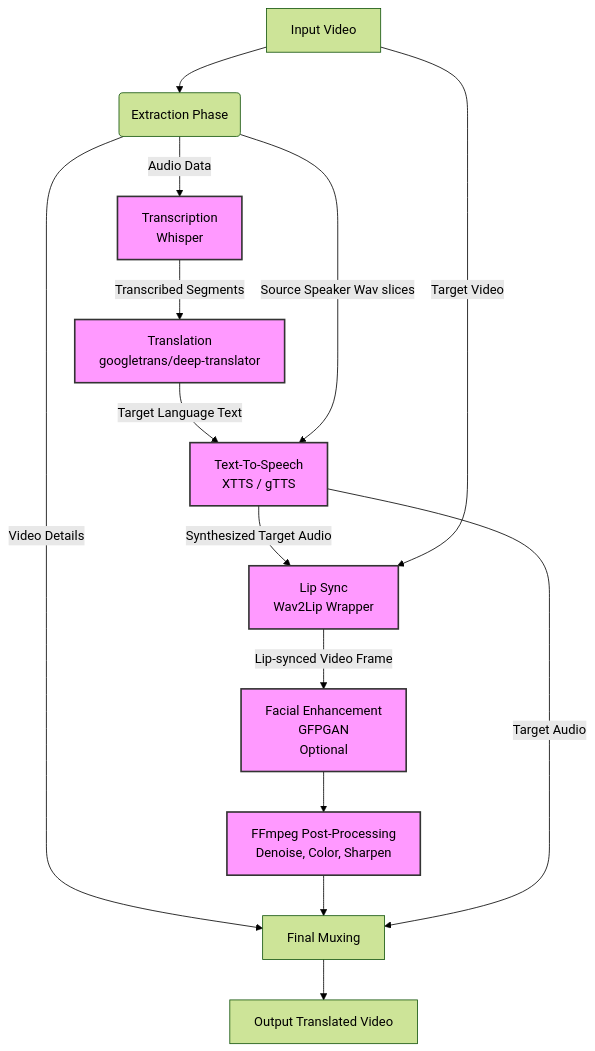
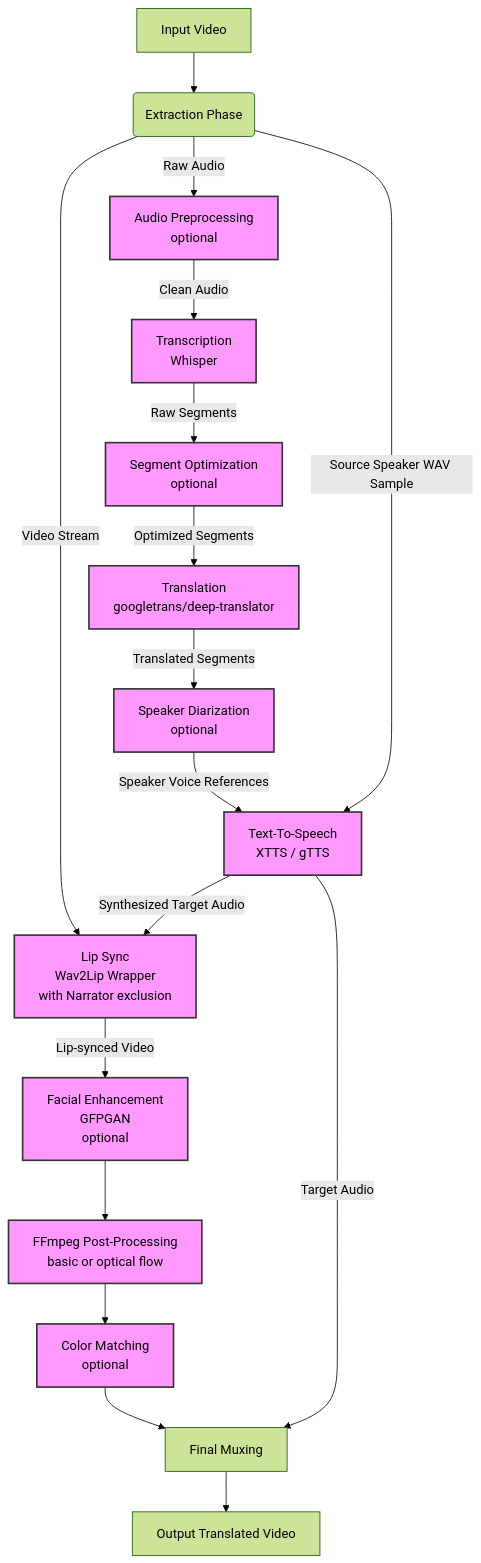
The first of 2 diagrams in docs.md (fister12/AI-Vidoe-Translator), drawn with Mermaid (forest theme) before and after one commit. The commit also changed other lines of this file and 9 other files, not shown here.

````diff
--- a/docs.md
+++ b/docs.md
@@ -11,27 +11,31 @@
 ```mermaid
 flowchart TD
     A[Input Video] --> B(Extraction Phase)
-    B --> |Audio Data| C[Transcription \n Whisper]
-    B --> |Video Details| I
+    B --> |Raw Audio| PRE[Audio Preprocessing \n optional]
+    PRE --> |Clean Audio| C[Transcription \n Whisper]
+    B --> |Video Stream| F
     
-    C --> |Transcribed Segments| D[Translation \n googletrans/deep-translator]
+    C --> |Raw Segments| OPT[Segment Optimization \n optional]
+    OPT --> |Optimized Segments| D[Translation \n googletrans/deep-translator]
     
-    D --> |Target Language Text| E[Text-To-Speech \n XTTS / gTTS]
-    B --> |Source Speaker Wav slices| E
+    D --> |Translated Segments| DIAR[Speaker Diarization \n optional]
+    DIAR --> |Speaker Voice References| E[Text-To-Speech \n XTTS / gTTS]
+    B --> |Source Speaker WAV Sample| E
     
-    E --> |Synthesized Target Audio| F[Lip Sync \n Wav2Lip Wrapper]
-    A --> |Target Video| F
+    E --> |Synthesized Target Audio| F[Lip Sync \n Wav2Lip Wrapper \n with Narrator exclusion]
     
-    F --> |Lip-synced Video Frame| G[Facial Enhancement \n GFPGAN \n Optional]
+    F --> |Lip-synced Video| G[Facial Enhancement \n GFPGAN \n optional]
     
-    G --> H[FFmpeg Post-Processing \n Denoise, Color, Sharpen]
+    G --> H[FFmpeg Post-Processing \n basic or optical flow]
     
-    H --> I[Final Muxing]
+    H --> COLOR[Color Matching \n optional]
+    
+    COLOR --> I[Final Muxing]
     E --> |Target Audio| I
     
     I --> J[Output Translated Video]
     
     %% Styling
     classDef process fill:#f9f,stroke:#333,stroke-width:2px;
-    class C,D,E,F,G,H process;
+    class PRE,C,OPT,D,DIAR,E,F,G,H,COLOR process;
 ```
````
